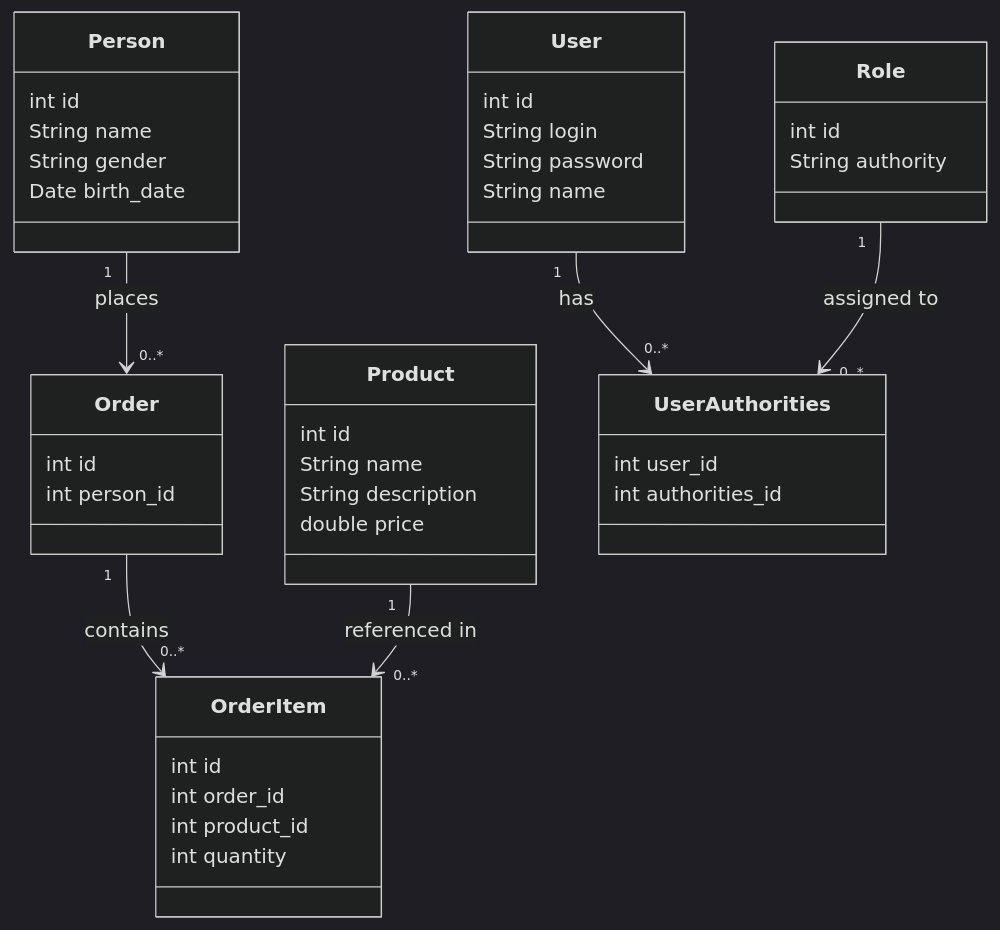
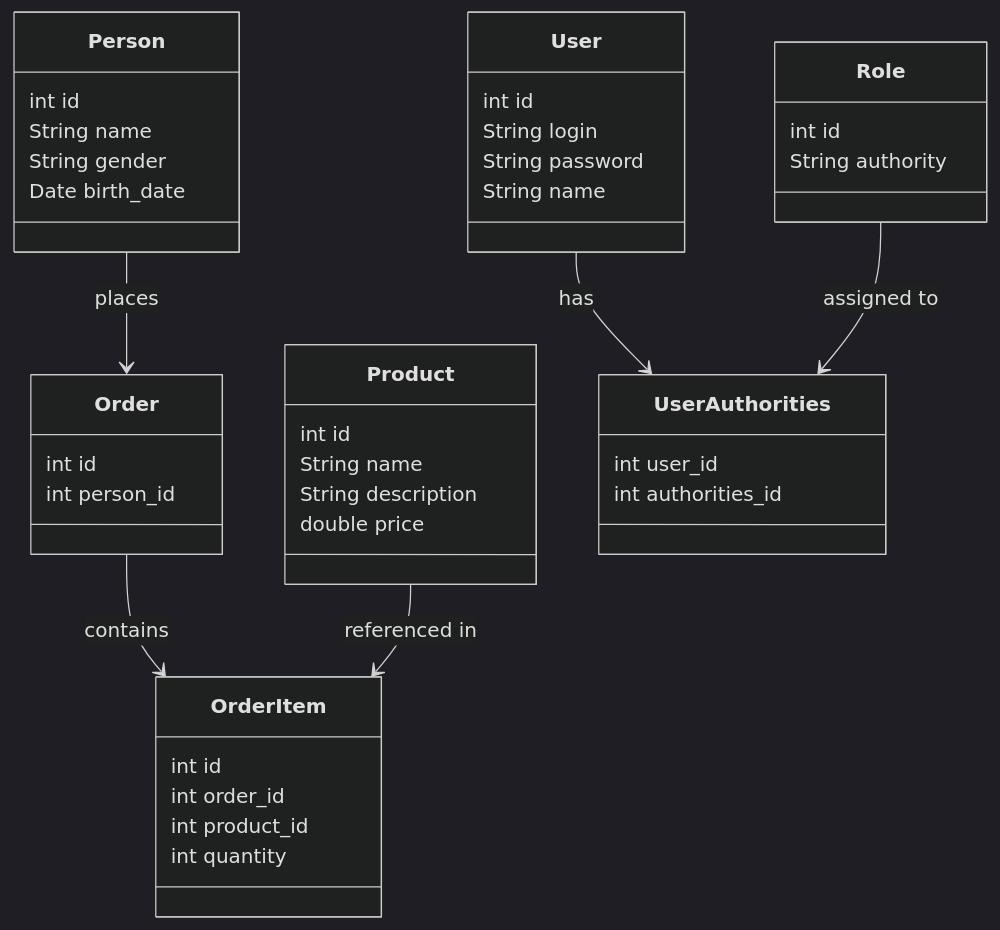
The diagram in README.md (joaopivatto/java-springframework-apirest), drawn with Mermaid (dark theme) before and after one commit.

````diff
--- a/README.md
+++ b/README.md
@@ -7,53 +7,53 @@
 ```mermaid
 classDiagram
     class Person {
         int id
         String name
         String gender
         Date birth_date
     }
 
     class Order {
         int id
         int person_id
     }
 
     class OrderItem {
         int id
         int order_id
         int product_id
         int quantity
     }
 
     class Product {
         int id
         String name
         String description
         double price
     }
 
     class User {
         int id
         String login
         String password
         String name
     }
 
     class Role {
         int id
         String authority
     }
 
     class UserAuthorities {
         int user_id
         int authorities_id
     }
 
     %% Relações
-    Person "1" --> "0..*" Order : places
-    Order "1" --> "0..*" OrderItem : contains
-    Product "1" --> "0..*" OrderItem : referenced in
-    User "1" --> "0..*" UserAuthorities : has
-    Role "1" --> "0..*" UserAuthorities : assigned to
+    Person  -->  Order : places
+    Order  -->  OrderItem : contains
+    Product -->  OrderItem : referenced in
+    User -->  UserAuthorities : has
+    Role  --> UserAuthorities : assigned to
 
 ```
````
